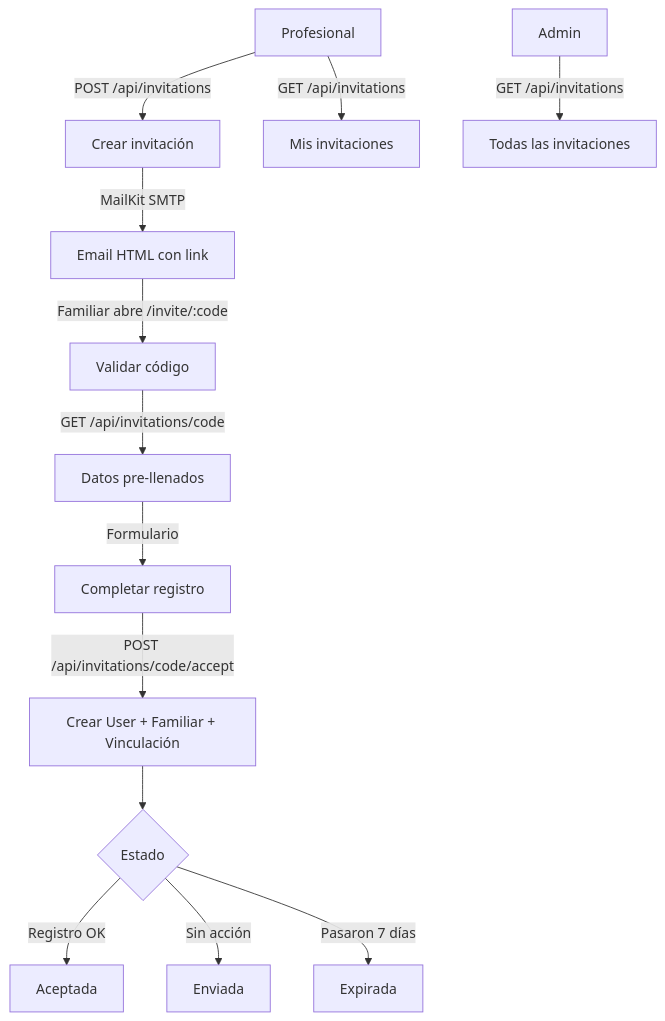
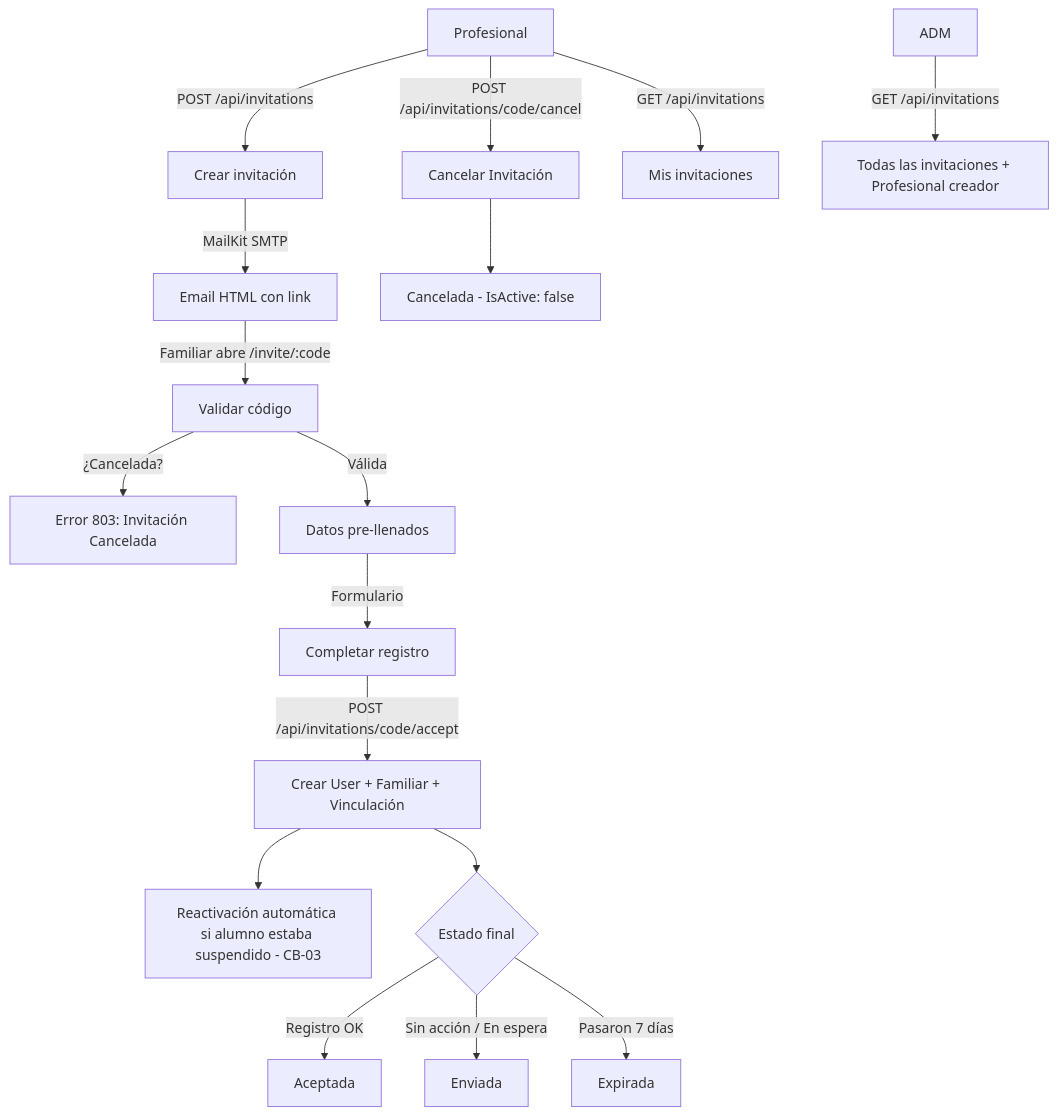
One commit to Sacha-html/InclusiON changed the diagram in InclusiON.Documents/Process/07-gestion-invitaciones.md. Above: the diagram before and after it, drawn with Mermaid. The commit also changed other lines of this file and 49 other files, not shown here.

````diff
--- a/InclusiON.Documents/Process/07-gestion-invitaciones.md
+++ b/InclusiON.Documents/Process/07-gestion-invitaciones.md
@@ -49,17 +57,23 @@
 ```mermaid
 flowchart TD
     PROF[Profesional] -->|POST /api/invitations| CREAR[Crear invitación]
     CREAR -->|MailKit SMTP| EMAIL[Email HTML con link]
+
+    PROF -->|POST /api/invitations/code/cancel| CANC[Cancelar Invitación]
+    CANC --> CANC_ST[Cancelada - IsActive: false]
+
     EMAIL -->|Familiar abre /invite/:code| VALID[Validar código]
-    VALID -->|GET /api/invitations/code| DATOS[Datos pre-llenados]
+    VALID -->|¿Cancelada?| ERR_CANC[Error 803: Invitación Cancelada]
+    VALID -->|Válida| DATOS[Datos pre-llenados]
     DATOS -->|Formulario| FORM[Completar registro]
     FORM -->|POST /api/invitations/code/accept| REG[Crear User + Familiar + Vinculación]
+    REG --> REACT[Reactivación automática si alumno estaba suspendido - CB-03]
 
     PROF -->|GET /api/invitations| LIST_P[Mis invitaciones]
-    ADM[Admin] -->|GET /api/invitations| LIST_A[Todas las invitaciones]
+    ADM -->|GET /api/invitations| LIST_A[Todas las invitaciones + Profesional creador]
 
-    REG --> EST{Estado}
+    REG --> EST{Estado final}
     EST -->|Registro OK| ACEP[Aceptada]
-    EST -->|Sin acción| ENV[Enviada]
+    EST -->|Sin acción / En espera| ENV[Enviada]
     EST -->|Pasaron 7 días| EXP[Expirada]
 ```
````
